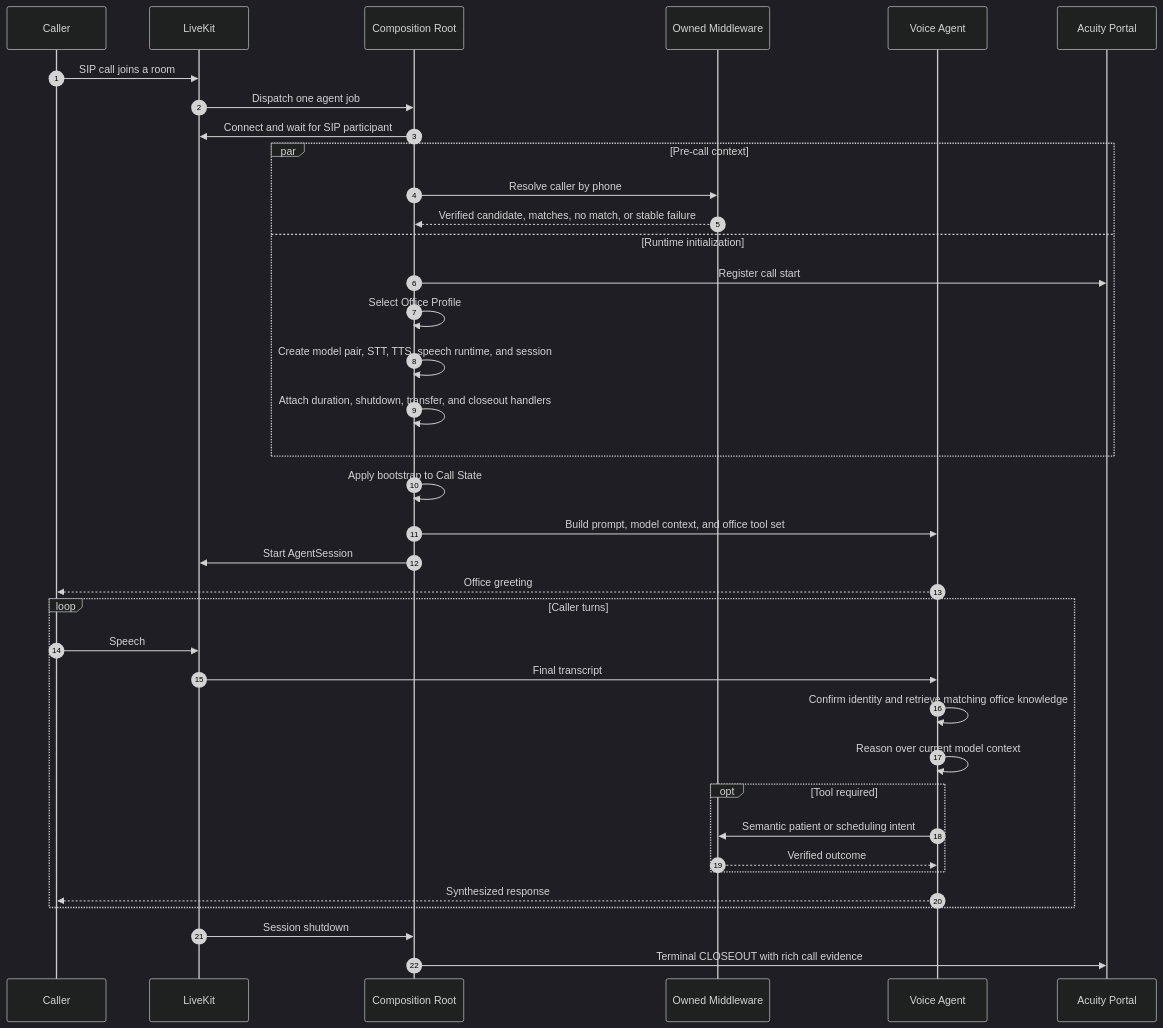
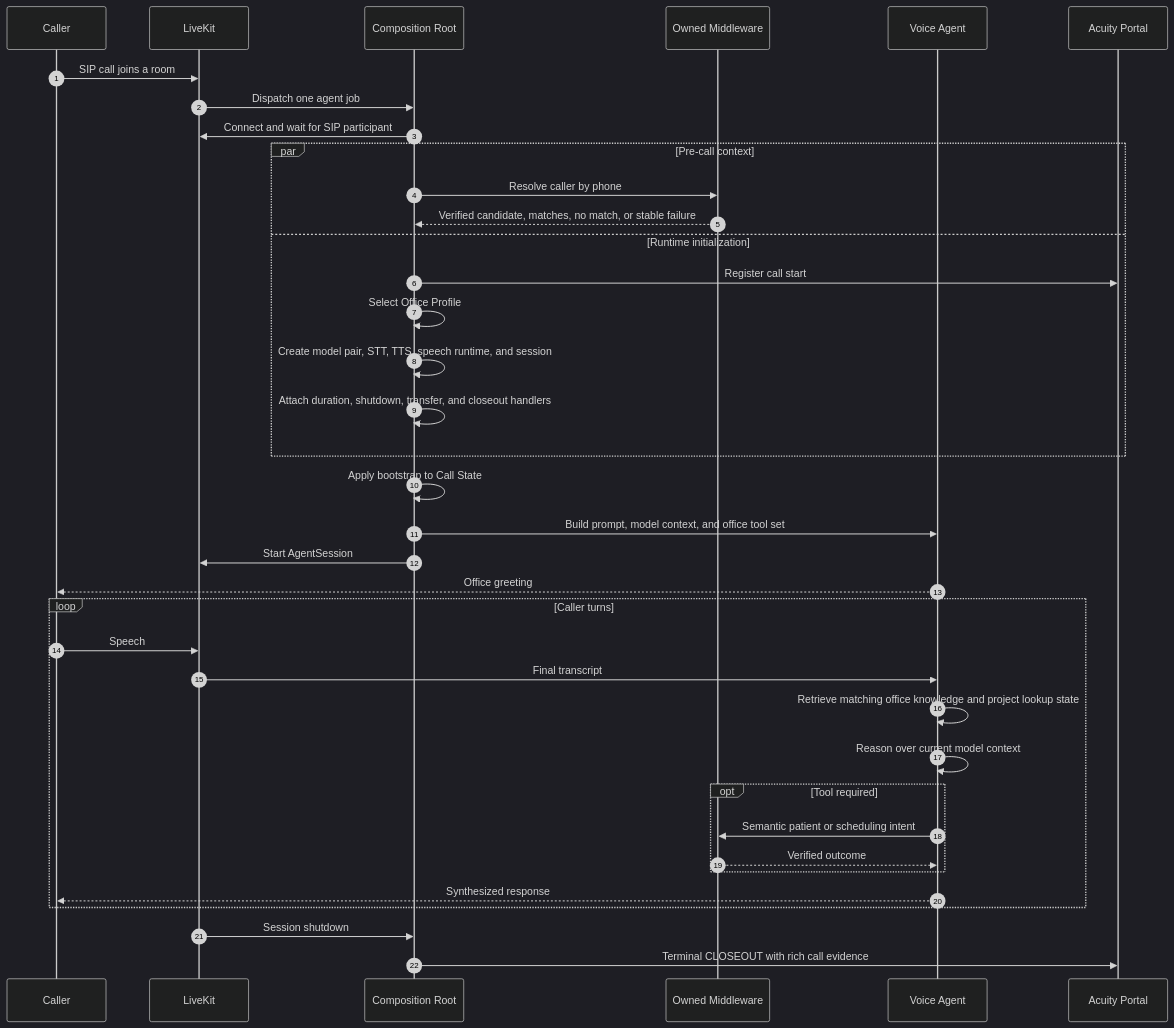
One commit to chasef07/abita_agent changed the third of 8 diagrams in README.md. Above: the diagram before and after it, drawn with Mermaid (dark theme). The commit also changed other lines of this file and 17 other files, not shown here.

````diff
--- a/README.md
+++ b/README.md
@@ -152,44 +152,44 @@
 ```mermaid
 sequenceDiagram
     autonumber
     participant C as Caller
     participant L as LiveKit
     participant R as Composition Root
     participant M as Owned Middleware
     participant A as Voice Agent
     participant P as Acuity Portal
 
     C->>L: SIP call joins a room
     L->>R: Dispatch one agent job
     R->>L: Connect and wait for SIP participant
 
     par Pre-call context
         R->>M: Resolve caller by phone
         M-->>R: Verified candidate, matches, no match, or stable failure
     and Runtime initialization
         R->>P: Register call start
         R->>R: Select Office Profile
         R->>R: Create model pair, STT, TTS, speech runtime, and session
         R->>R: Attach duration, shutdown, transfer, and closeout handlers
     end
 
     R->>R: Apply bootstrap to Call State
     R->>A: Build prompt, model context, and office tool set
     R->>L: Start AgentSession
     A-->>C: Office greeting
 
     loop Caller turns
         C->>L: Speech
         L->>A: Final transcript
-        A->>A: Confirm identity and retrieve matching office knowledge
+        A->>A: Retrieve matching office knowledge and project lookup state
         A->>A: Reason over current model context
         opt Tool required
             A->>M: Semantic patient or scheduling intent
             M-->>A: Verified outcome
         end
         A-->>C: Synthesized response
     end
 
     L->>R: Session shutdown
     R->>P: Terminal CLOSEOUT with rich call evidence
 ```
````
